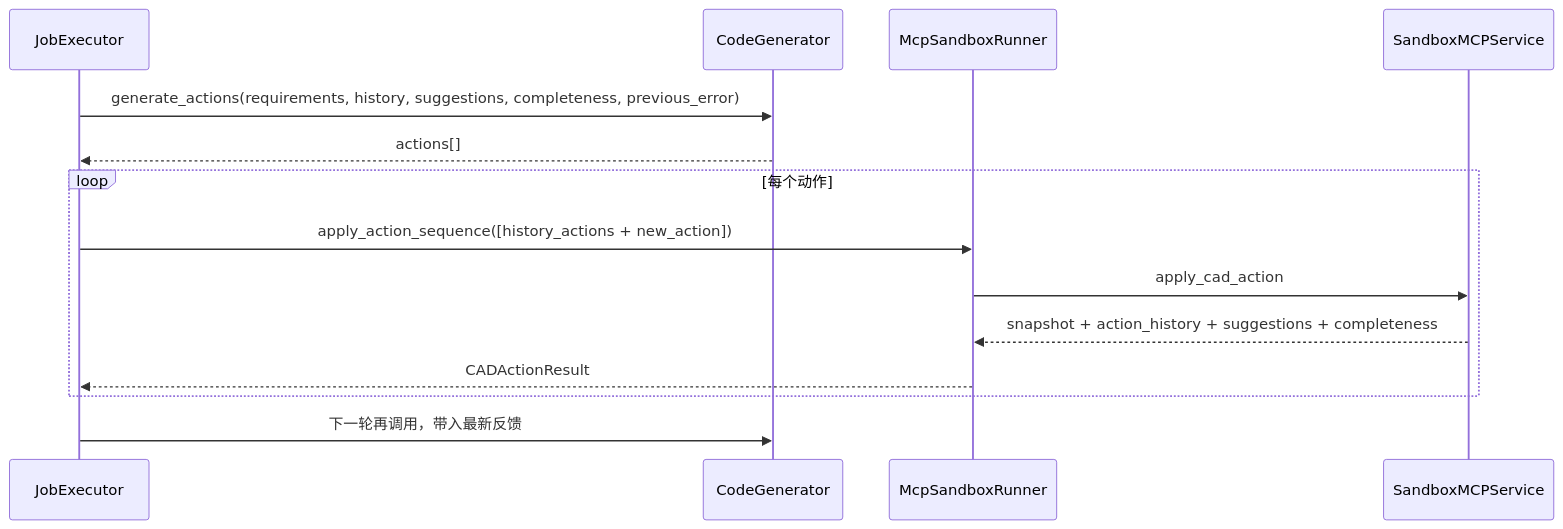
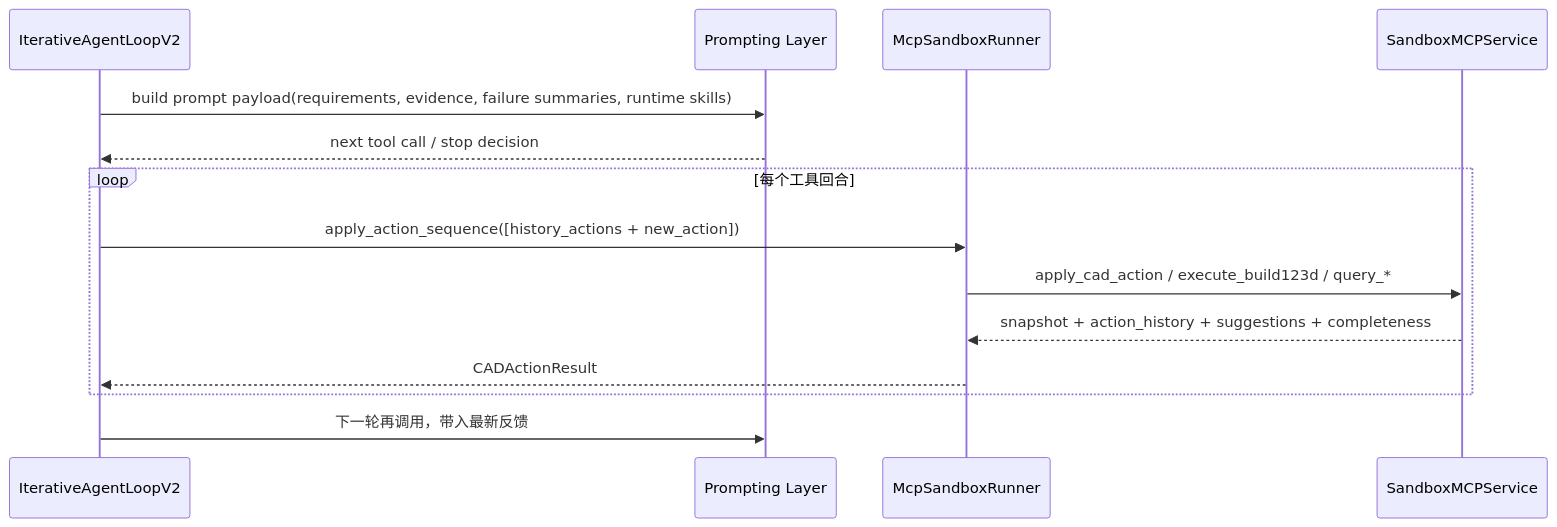
The second of 3 diagrams in docs/CAD_ACTION_ITERATION.md (Jrx2003/aicad.subagent.build123d), drawn with Mermaid before and after one commit. The commit also changed other lines of this file and 220 other files, not shown here.

````diff
--- a/docs/CAD_ACTION_ITERATION.md
+++ b/docs/CAD_ACTION_ITERATION.md
@@ -64,17 +77,17 @@
 ```mermaid
 sequenceDiagram
-    participant EX as JobExecutor
-    participant CG as CodeGenerator
+    participant EX as IterativeAgentLoopV2
+    participant CG as Prompting Layer
     participant MR as McpSandboxRunner
     participant SV as SandboxMCPService
 
-    EX->>CG: generate_actions(requirements, history, suggestions, completeness, previous_error)
-    CG-->>EX: actions[]
-    loop 每个动作
+    EX->>CG: build prompt payload(requirements, evidence, failure summaries, runtime skills)
+    CG-->>EX: next tool call / stop decision
+    loop 每个工具回合
         EX->>MR: apply_action_sequence([history_actions + new_action])
-        MR->>SV: apply_cad_action
+        MR->>SV: apply_cad_action / execute_build123d / query_*
         SV-->>MR: snapshot + action_history + suggestions + completeness
         MR-->>EX: CADActionResult
     end
     EX->>CG: 下一轮再调用，带入最新反馈
 ```
````
